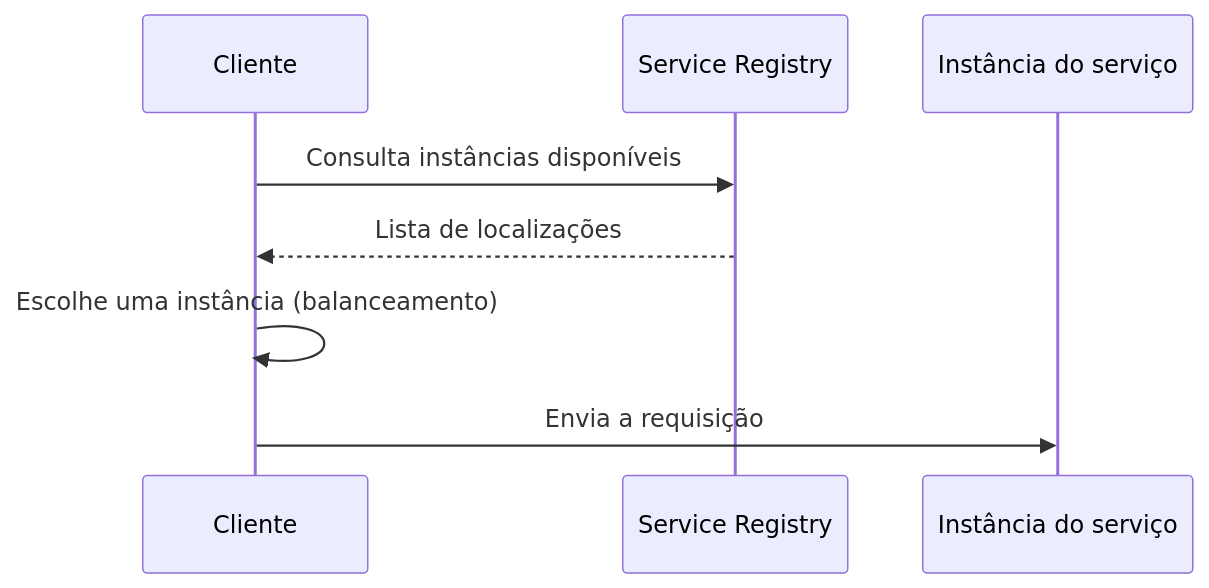
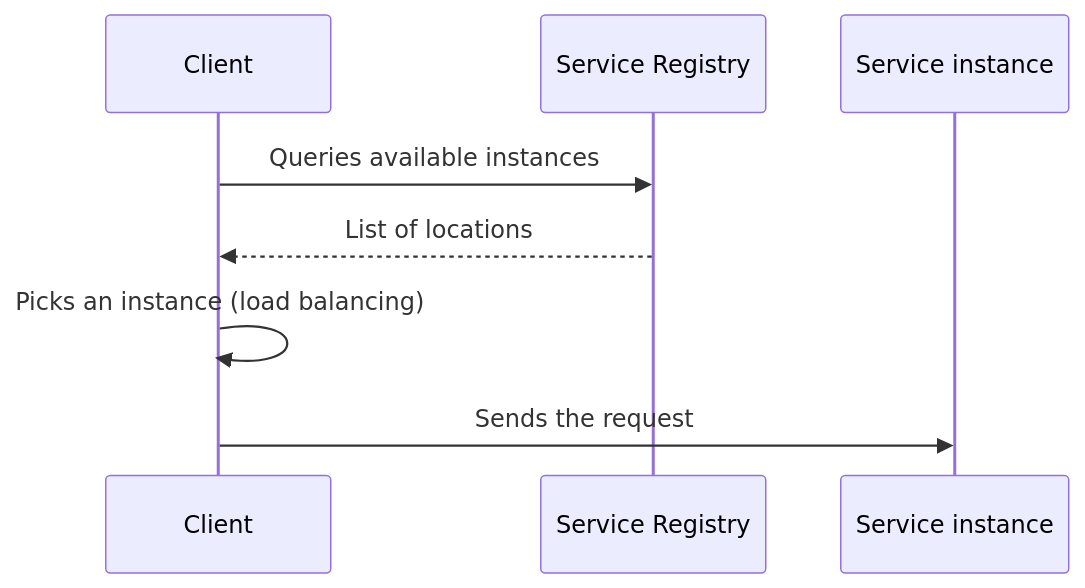
Before and after one commit to alancesar/design-patterns: the diagram in docs/architecture/microservices/service-discovery/client-side-discovery.md, drawn with Mermaid. The commit also changed 258 other files, not shown here.

First line of the commit message:
Translate Mermaid diagrams to English

````diff
--- a/docs/architecture/microservices/service-discovery/client-side-discovery.md
+++ b/docs/architecture/microservices/service-discovery/client-side-discovery.md
@@ -51,10 +51,10 @@
 ```mermaid
 sequenceDiagram
-    participant C as Cliente
+    participant C as Client
     participant R as Service Registry
-    participant I as Instância do serviço
-    C->>R: Consulta instâncias disponíveis
-    R-->>C: Lista de localizações
-    C->>C: Escolhe uma instância (balanceamento)
-    C->>I: Envia a requisição
+    participant I as Service instance
+    C->>R: Queries available instances
+    R-->>C: List of locations
+    C->>C: Picks an instance (load balancing)
+    C->>I: Sends the request
 ```
````
